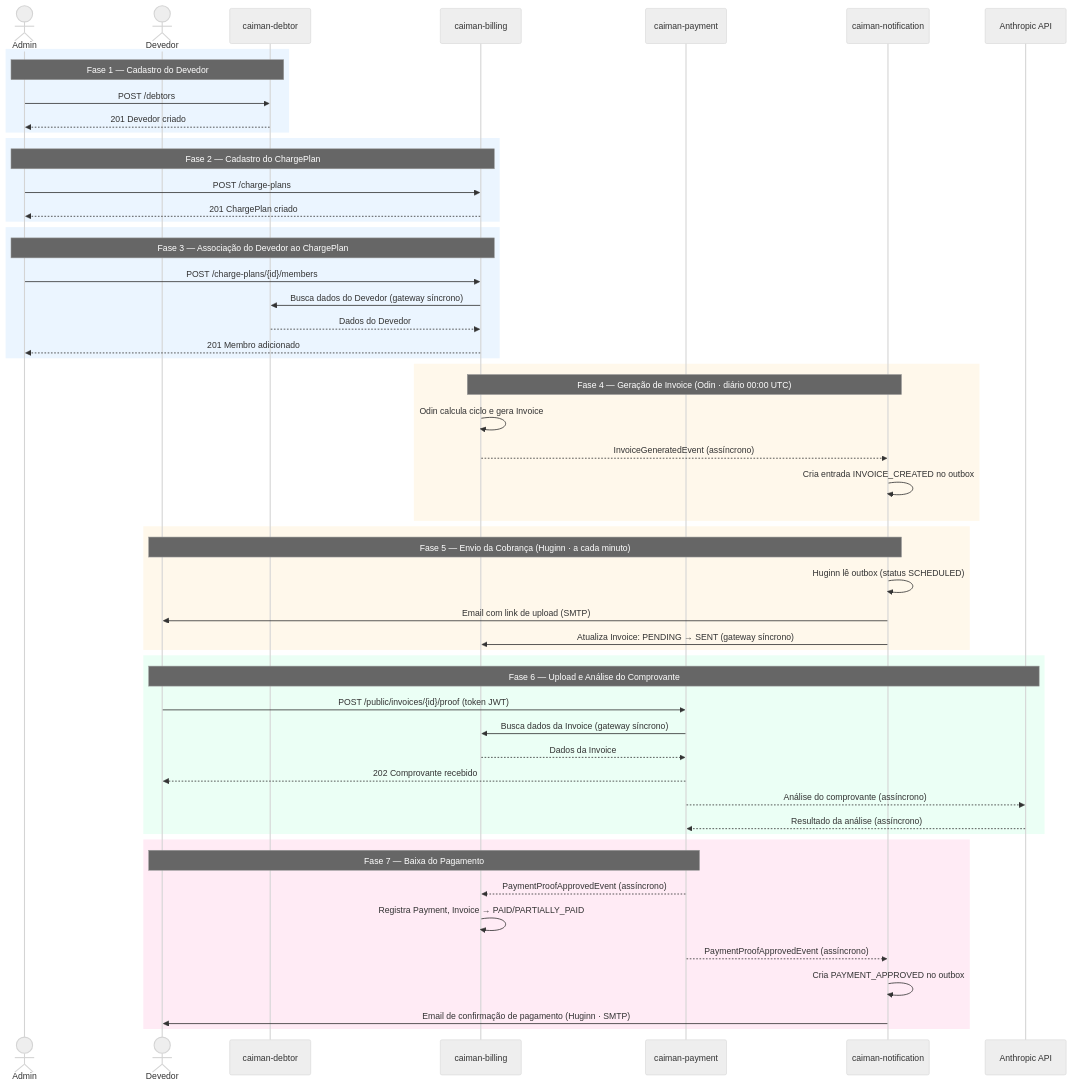
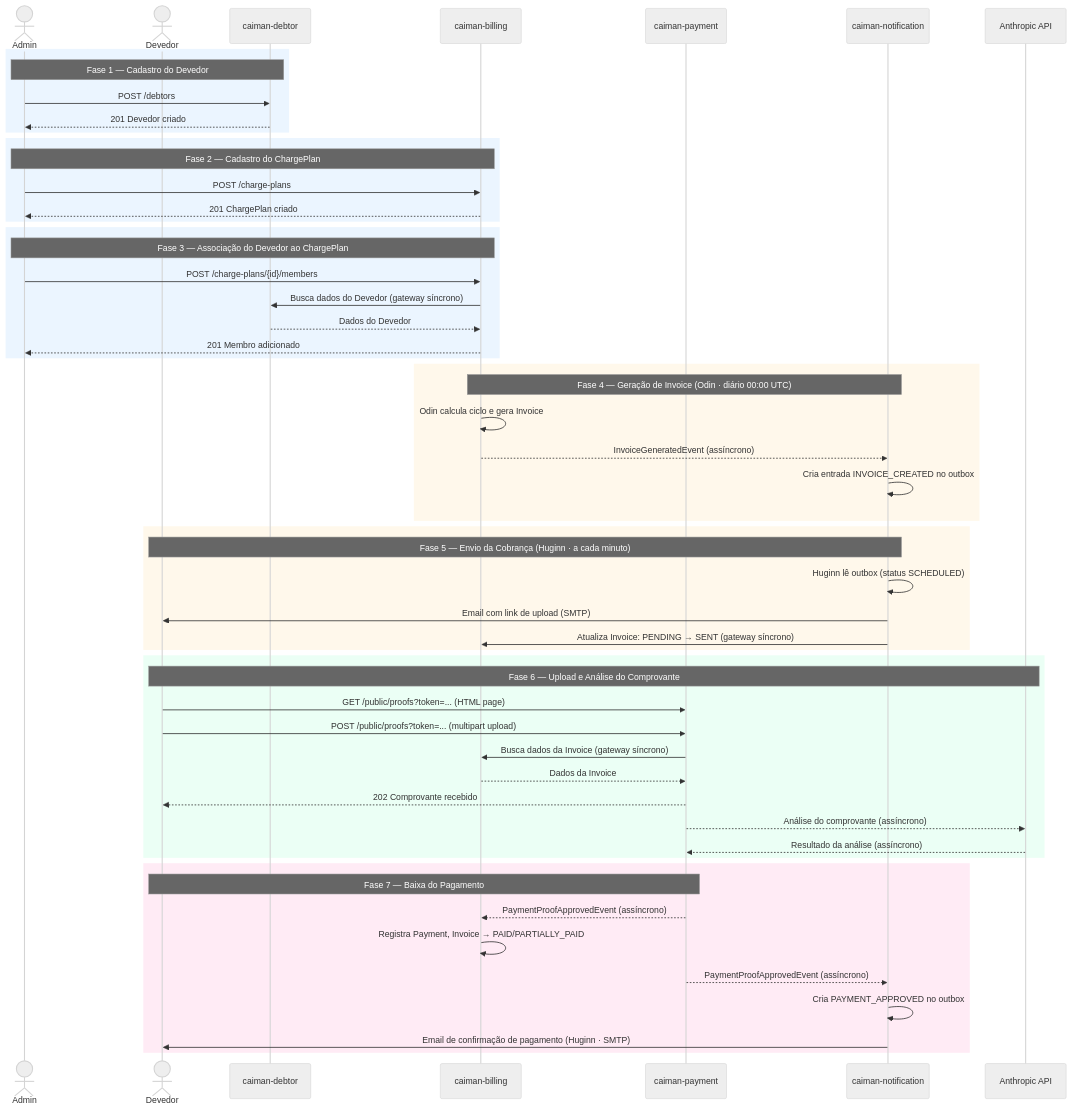
The diagram in docs/MODULE_FLOW.md (UnDer-7/caiman-server), drawn with Mermaid (neutral theme) before and after one commit. The commit also changed 48 other files, not shown here.

Commit message:
proof page

````diff
--- a/docs/MODULE_FLOW.md
+++ b/docs/MODULE_FLOW.md
@@ -11,64 +11,65 @@
 ```mermaid
 sequenceDiagram
     actor Admin
     actor Debtor as Devedor
 
     participant DB as caiman-debtor
     participant BI as caiman-billing
     participant PA as caiman-payment
     participant NO as caiman-notification
     participant AI as Anthropic API
 
     rect rgb(235, 245, 255)
         Note over Admin,DB: Fase 1 — Cadastro do Devedor
         Admin->>DB: POST /debtors
         DB-->>Admin: 201 Devedor criado
     end
 
     rect rgb(235, 245, 255)
         Note over Admin,BI: Fase 2 — Cadastro do ChargePlan
         Admin->>BI: POST /charge-plans
         BI-->>Admin: 201 ChargePlan criado
     end
 
     rect rgb(235, 245, 255)
         Note over Admin,BI: Fase 3 — Associação do Devedor ao ChargePlan
         Admin->>BI: POST /charge-plans/{id}/members
         BI->>DB: Busca dados do Devedor (gateway síncrono)
         DB-->>BI: Dados do Devedor
         BI-->>Admin: 201 Membro adicionado
     end
 
     rect rgb(255, 248, 235)
         Note over BI,NO: Fase 4 — Geração de Invoice (Odin · diário 00:00 UTC)
         BI->>BI: Odin calcula ciclo e gera Invoice
         BI-->>NO: InvoiceGeneratedEvent (assíncrono)
         NO->>NO: Cria entrada INVOICE_CREATED no outbox
     end
 
     rect rgb(255, 248, 235)
         Note over NO,Debtor: Fase 5 — Envio da Cobrança (Huginn · a cada minuto)
         NO->>NO: Huginn lê outbox (status SCHEDULED)
         NO->>Debtor: Email com link de upload (SMTP)
         NO->>BI: Atualiza Invoice: PENDING → SENT (gateway síncrono)
     end
 
     rect rgb(235, 255, 245)
         Note over Debtor,AI: Fase 6 — Upload e Análise do Comprovante
-        Debtor->>PA: POST /public/invoices/{id}/proof (token JWT)
+        Debtor->>PA: GET /public/proofs?token=... (HTML page)
+        Debtor->>PA: POST /public/proofs?token=... (multipart upload)
         PA->>BI: Busca dados da Invoice (gateway síncrono)
         BI-->>PA: Dados da Invoice
         PA-->>Debtor: 202 Comprovante recebido
         PA-->>AI: Análise do comprovante (assíncrono)
         AI-->>PA: Resultado da análise (assíncrono)
     end
 
     rect rgb(255, 235, 245)
         Note over PA,Debtor: Fase 7 — Baixa do Pagamento
         PA-->>BI: PaymentProofApprovedEvent (assíncrono)
         BI->>BI: Registra Payment, Invoice → PAID/PARTIALLY_PAID
         PA-->>NO: PaymentProofApprovedEvent (assíncrono)
         NO->>NO: Cria PAYMENT_APPROVED no outbox
         NO->>Debtor: Email de confirmação de pagamento (Huginn · SMTP)
     end
 ```
````
